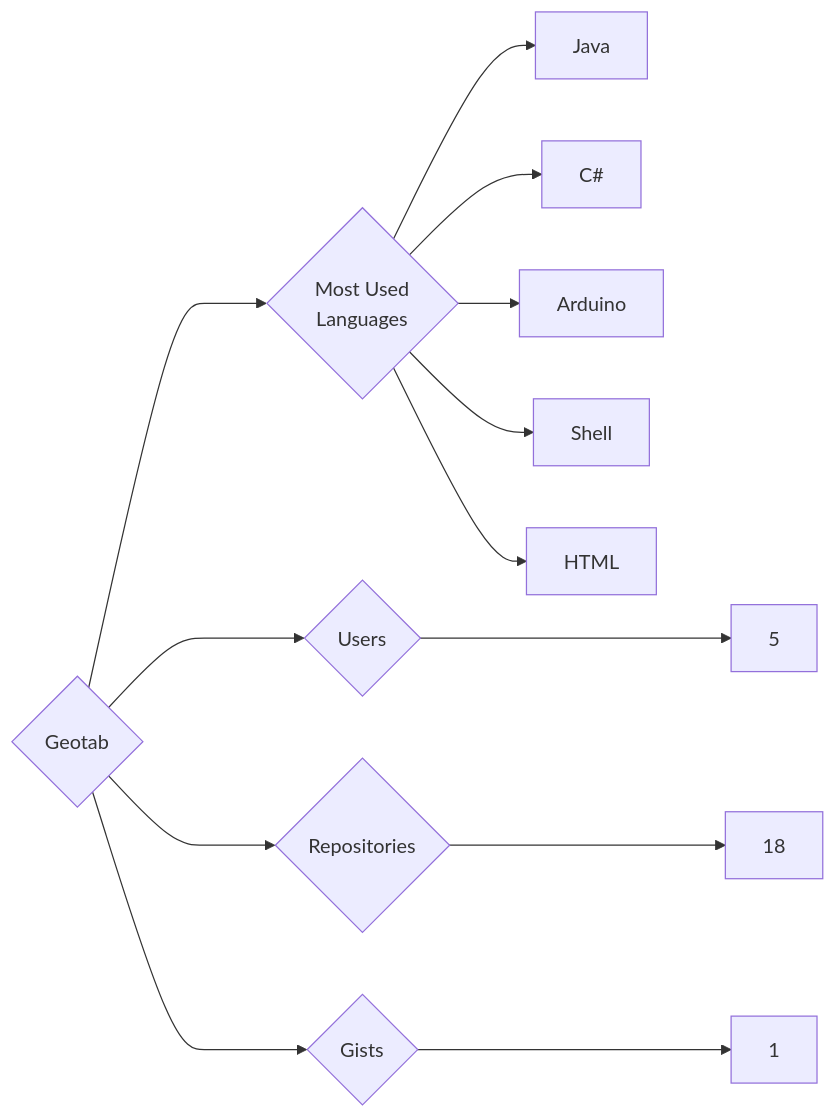
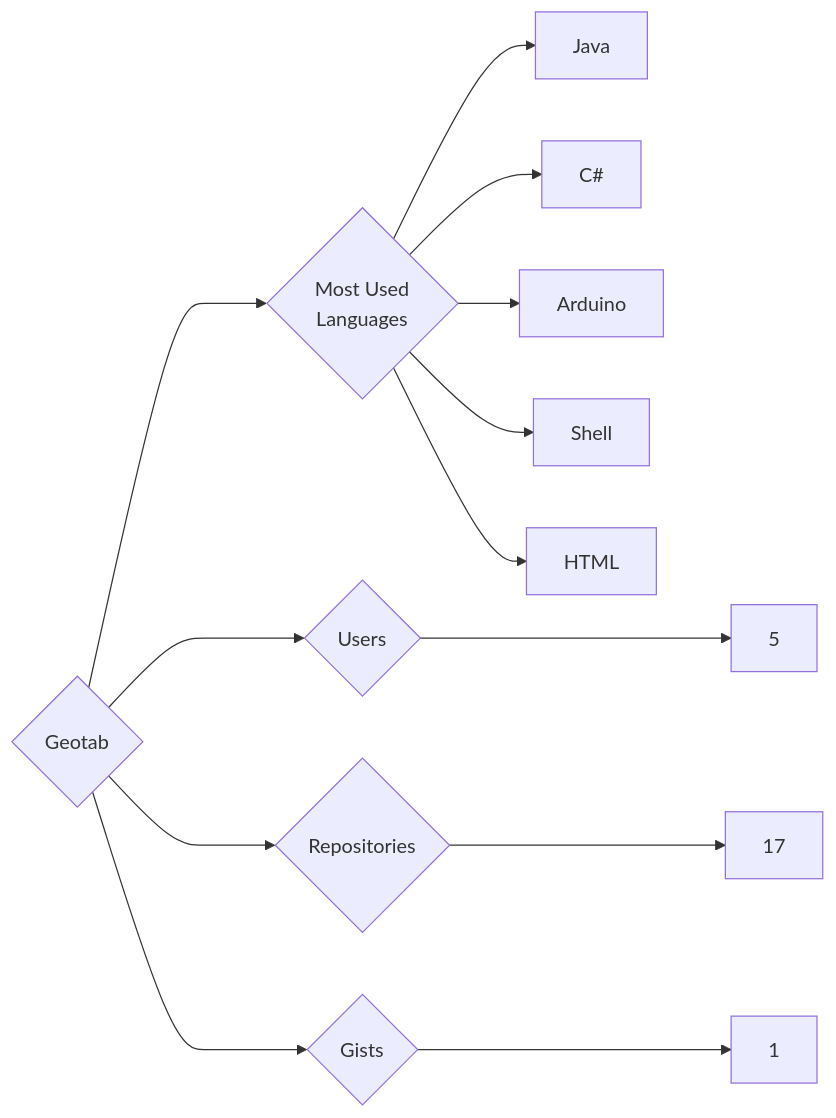
Before and after one commit to trickest/insiders: the diagram in targets/Geotab/README.md, drawn with Mermaid. The commit also changed 942 other files, not shown here.

````diff
--- a/targets/Geotab/README.md
+++ b/targets/Geotab/README.md
@@ -3,13 +3,13 @@
 ```mermaid
 graph LR
 COMPANY_NAME{Geotab}
 COMPANY_NAME ---> U{Users} ---> UN[5]
-COMPANY_NAME ---> R{Repositories} ---> RN[18]
+COMPANY_NAME ---> R{Repositories} ---> RN[17]
 COMPANY_NAME ---> G{Gists} ---> GN[1]
 COMPANY_NAME ---> ML{Most Used<br>Languages}
 ML --> Java[Java]
 ML --> C#[C#]
 ML --> Arduino[Arduino]
 ML --> Shell[Shell]
 ML --> HTML[HTML]
 ```
````
